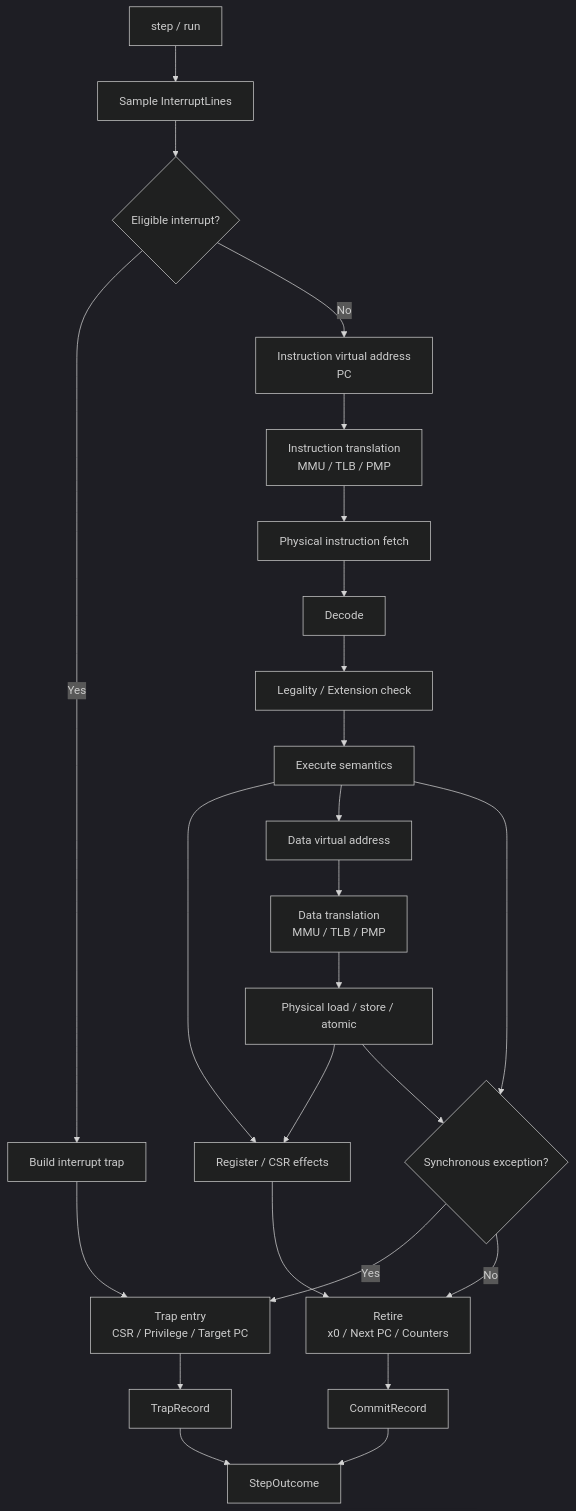
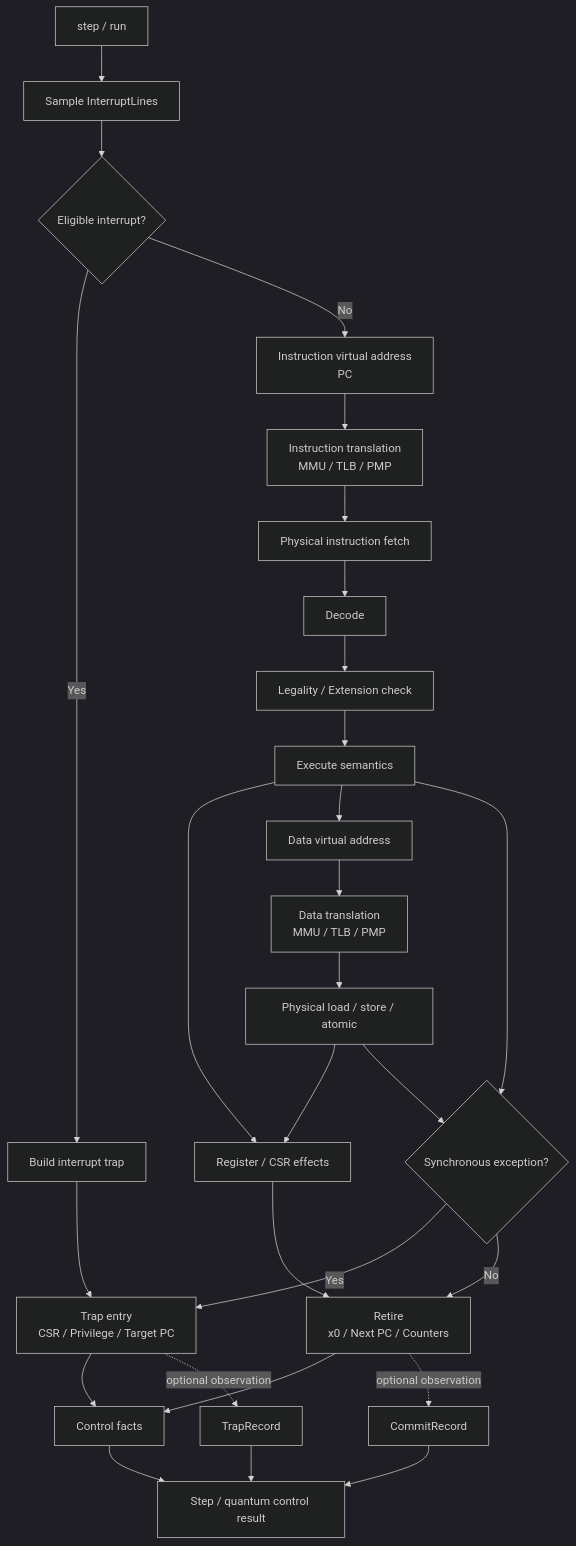
Before and after one commit to mimiqdev/ruscv-sim: the fourth of 8 diagrams in docs/architecture/README.md, drawn with Mermaid (dark theme). The commit also changed other lines of this file and 5 other files, not shown here.

First line of the commit message:
docs(architecture): reconcile proposed ISS/VP contracts (#9)

````diff
--- a/docs/architecture/README.md
+++ b/docs/architecture/README.md
@@ -147,30 +147,33 @@
 ```mermaid
 flowchart TB
     ENTRY["step / run"] --> SAMPLE["Sample InterruptLines"]
     SAMPLE --> PENDING{"Eligible interrupt?"}
     PENDING -- Yes --> INTR["Build interrupt trap"]
     INTR --> TRAP["Trap entry<br/>CSR / Privilege / Target PC"]
 
     PENDING -- No --> FETCHVA["Instruction virtual address<br/>PC"]
     FETCHVA --> IMMU["Instruction translation<br/>MMU / TLB / PMP"]
     IMMU --> FETCHPA["Physical instruction fetch"]
     FETCHPA --> DECODE["Decode"]
     DECODE --> CHECK["Legality / Extension check"]
     CHECK --> EXEC["Execute semantics"]
 
     EXEC --> REG["Register / CSR effects"]
     EXEC --> MEMVA["Data virtual address"]
     MEMVA --> DMMU["Data translation<br/>MMU / TLB / PMP"]
     DMMU --> MEMPA["Physical load / store / atomic"]
     MEMPA --> REG
 
     EXEC --> EXCEPTION{"Synchronous exception?"}
     MEMPA --> EXCEPTION
     EXCEPTION -- Yes --> TRAP
     EXCEPTION -- No --> RETIRE["Retire<br/>x0 / Next PC / Counters"]
     REG --> RETIRE
-    RETIRE --> COMMIT["CommitRecord"]
-    TRAP --> TRAPREC["TrapRecord"]
-    COMMIT --> OUT["StepOutcome"]
+    RETIRE --> CTRL["Control facts"]
+    TRAP --> CTRL
+    RETIRE -. optional observation .-> COMMIT["CommitRecord"]
+    TRAP -. optional observation .-> TRAPREC["TrapRecord"]
+    CTRL --> OUT["Step / quantum control result"]
+    COMMIT --> OUT
     TRAPREC --> OUT
 ```
````
